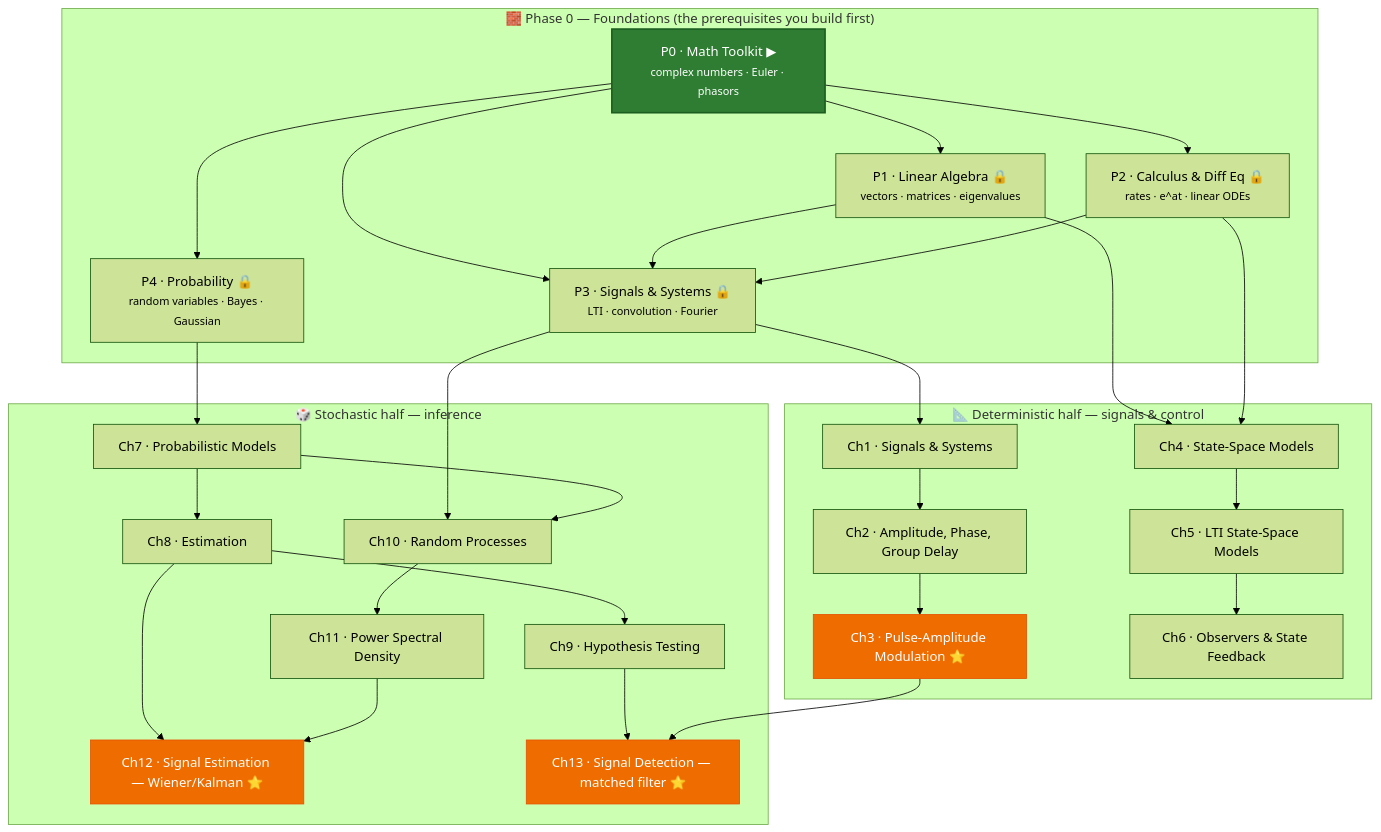
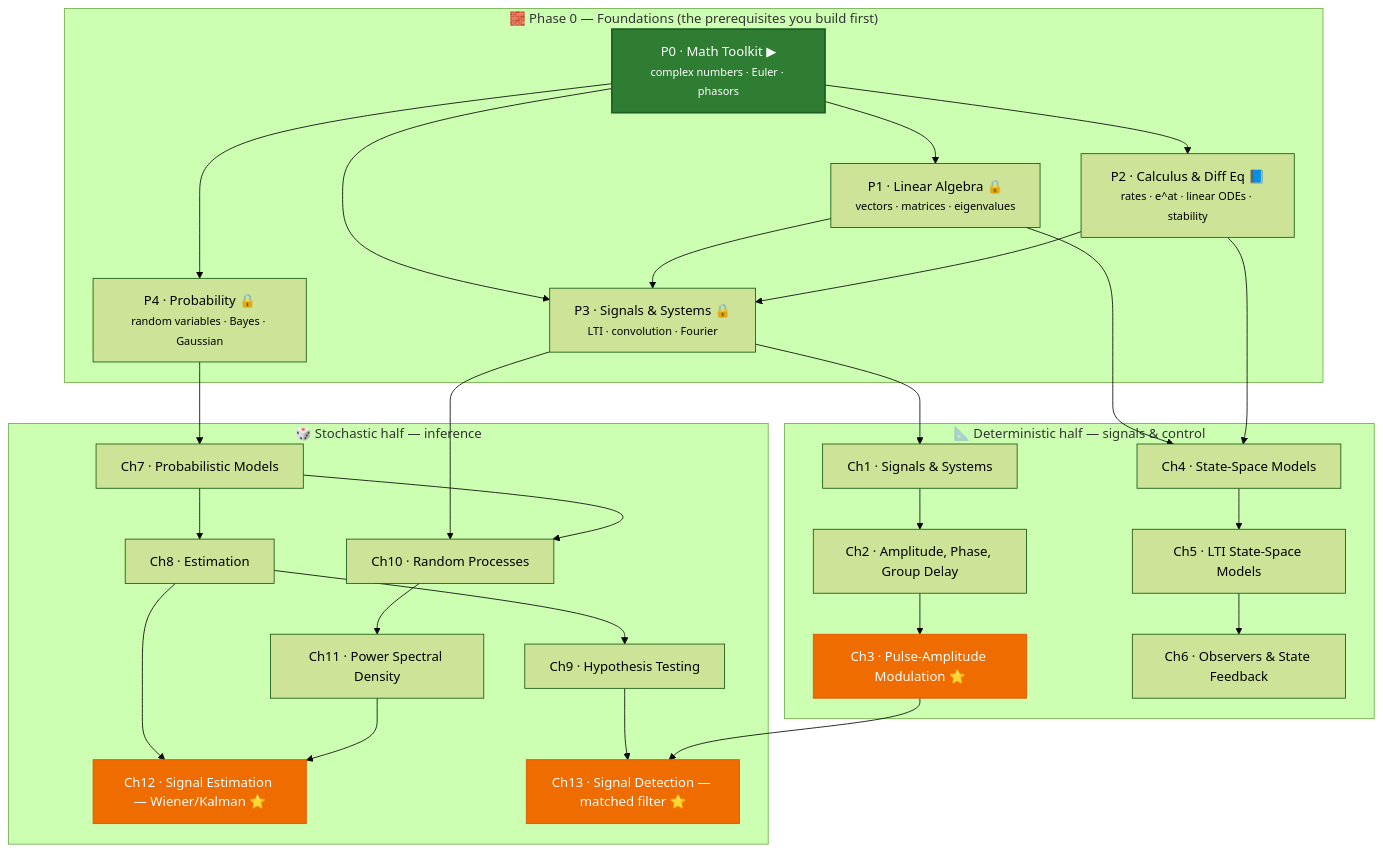
Before and after one commit to Revanthshalon/satellite-communication-learning: the second of 3 diagrams in wiki/synthesis/learning-path.md, drawn with Mermaid (forest theme). The commit also changed other lines of this file and 8 other files, not shown here.

````diff
--- a/wiki/synthesis/learning-path.md
+++ b/wiki/synthesis/learning-path.md
@@ -40,52 +40,52 @@
 ```mermaid
 flowchart TD
     subgraph F["🧱 Phase 0 — Foundations (the prerequisites you build first)"]
         P0["P0 · Math Toolkit ▶<br/><small>complex numbers · Euler · phasors</small>"]
         P1["P1 · Linear Algebra 🔒<br/><small>vectors · matrices · eigenvalues</small>"]
-        P2["P2 · Calculus &amp; Diff Eq 🔒<br/><small>rates · e^at · linear ODEs</small>"]
+        P2["P2 · Calculus &amp; Diff Eq 📘<br/><small>rates · e^at · linear ODEs · stability</small>"]
         P3["P3 · Signals &amp; Systems 🔒<br/><small>LTI · convolution · Fourier</small>"]
         P4["P4 · Probability 🔒<br/><small>random variables · Bayes · Gaussian</small>"]
     end
 
     P0 --> P1
     P0 --> P2
     P0 --> P3
     P1 --> P3
     P2 --> P3
     P0 --> P4
 
     subgraph DET["📐 Deterministic half — signals &amp; control"]
         C1["Ch1 · Signals &amp; Systems"]
         C2["Ch2 · Amplitude, Phase, Group Delay"]
         C3["Ch3 · Pulse-Amplitude Modulation ⭐"]
         C4["Ch4 · State-Space Models"]
         C5["Ch5 · LTI State-Space Models"]
         C6["Ch6 · Observers &amp; State Feedback"]
     end
 
     subgraph STO["🎲 Stochastic half — inference"]
         C7["Ch7 · Probabilistic Models"]
         C8["Ch8 · Estimation"]
         C9["Ch9 · Hypothesis Testing"]
         C10["Ch10 · Random Processes"]
         C11["Ch11 · Power Spectral Density"]
         C12["Ch12 · Signal Estimation — Wiener/Kalman ⭐"]
         C13["Ch13 · Signal Detection — matched filter ⭐"]
     end
 
     P3 --> C1 --> C2 --> C3
     P1 --> C4
     P2 --> C4 --> C5 --> C6
     P4 --> C7 --> C8 --> C9
     P3 --> C10
     C7 --> C10 --> C11
     C8 --> C12
     C11 --> C12
     C9 --> C13
     C3 --> C13
 
     classDef active fill:#2e7d32,color:#fff,stroke:#1b5e20,stroke-width:2px;
     classDef sat fill:#ef6c00,color:#fff,stroke:#e65100;
     class P0 active
     class C3,C12,C13 sat
 ```
````
